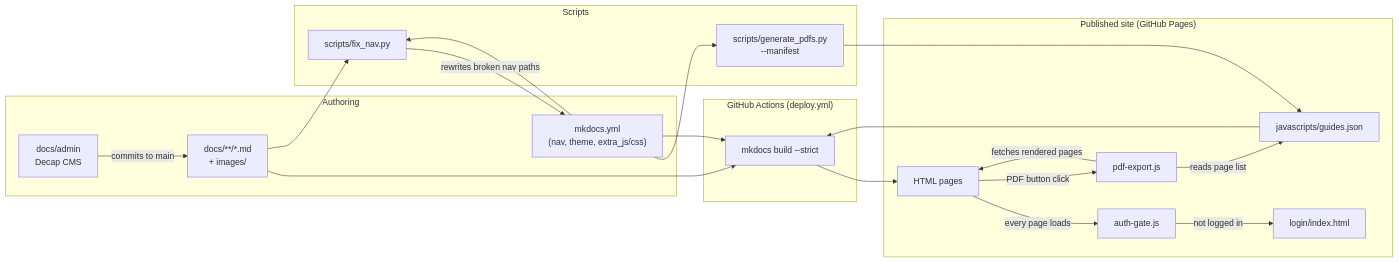
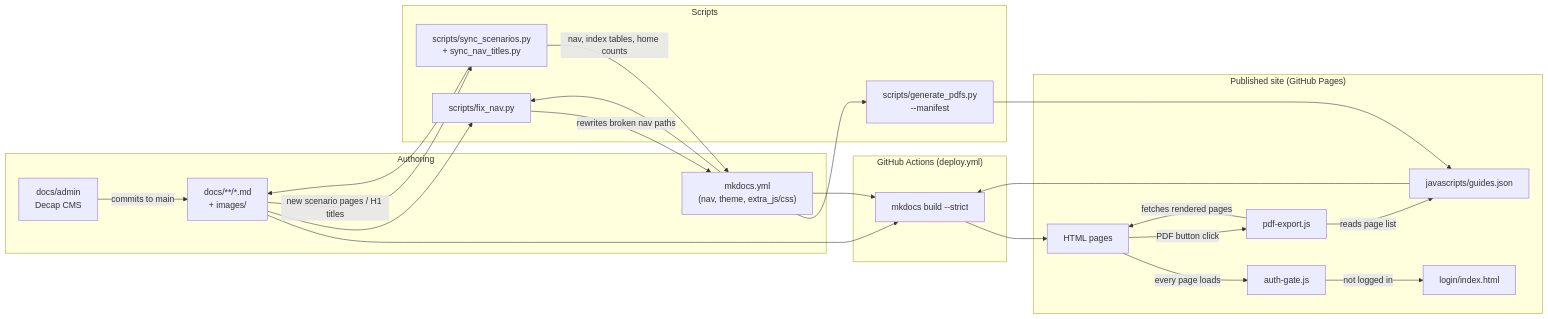
One commit to cpoc-labs/Nutanix_lab_guides changed the first of 6 diagrams in README.md. Above: the diagram before and after it, drawn with Mermaid. The commit also changed other lines of this file and 5 other files, not shown here.

````diff
--- a/README.md
+++ b/README.md
@@ -68,41 +90,45 @@
 ```mermaid
 flowchart LR
     subgraph Authoring
         MD["docs/**/*.md<br/>+ images/"]
         YML["mkdocs.yml<br/>(nav, theme, extra_js/css)"]
         CMS["docs/admin<br/>Decap CMS"]
     end
 
     subgraph Scripts
         FIX["scripts/fix_nav.py"]
+        SYNC["scripts/sync_scenarios.py<br/>+ sync_nav_titles.py"]
         GEN["scripts/generate_pdfs.py<br/>--manifest"]
     end
 
     subgraph CI["GitHub Actions (deploy.yml)"]
         BUILD["mkdocs build --strict"]
     end
 
     subgraph Site["Published site (GitHub Pages)"]
         HTML["HTML pages"]
         MAN["javascripts/guides.json"]
         AG["auth-gate.js"]
         PE["pdf-export.js"]
         LOGIN["login/index.html"]
     end
 
     CMS -- "commits to main" --> MD
     MD --> BUILD
     YML --> FIX
     MD --> FIX
     FIX -- "rewrites broken nav paths" --> YML
+    MD -- "new scenario pages / H1 titles" --> SYNC
+    SYNC -- "nav, index tables, home counts" --> YML
+    SYNC --> MD
     YML --> GEN
     GEN --> MAN
     YML --> BUILD
     MAN --> BUILD
     BUILD --> HTML
     HTML -- "every page loads" --> AG
     AG -- "not logged in" --> LOGIN
     HTML -- "PDF button click" --> PE
     PE -- "reads page list" --> MAN
     PE -- "fetches rendered pages" --> HTML
 ```
````
